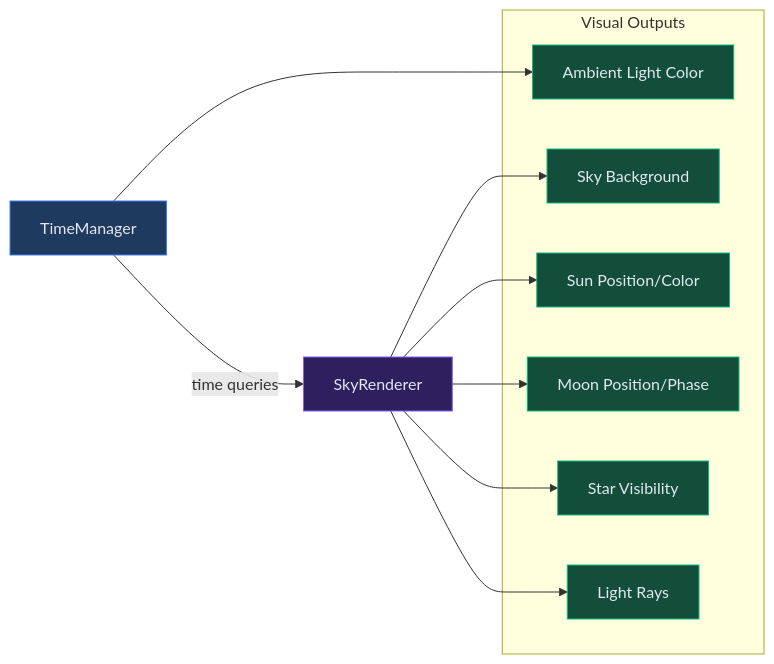
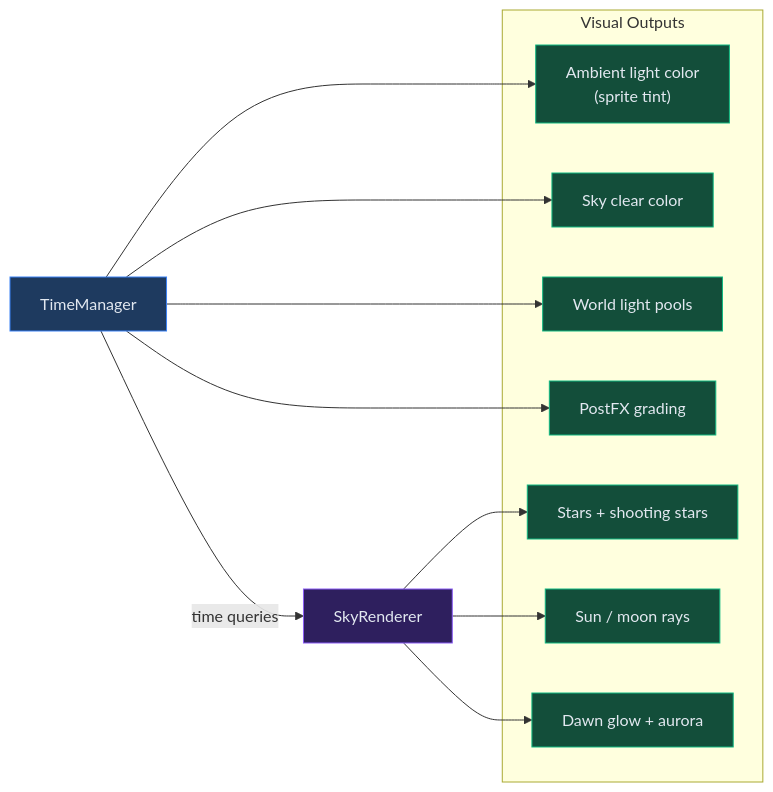
The first of 6 diagrams in docs/TIME_SYSTEM.md (baaz777/rift), drawn with Mermaid before and after one commit. The commit also changed other lines of this file, not shown here.

```diff
--- a/docs/TIME_SYSTEM.md
+++ b/docs/TIME_SYSTEM.md
@@ -8,26 +8,28 @@
 <pre class="mermaid">
 graph LR
     classDef manager fill:#1e3a5f,stroke:#3b82f6,color:#e2e8f0
     classDef renderer fill:#2e1f5e,stroke:#8b5cf6,color:#e2e8f0
     classDef output fill:#134e3a,stroke:#10b981,color:#e2e8f0
 
     TM["TimeManager"]:::manager
     SR["SkyRenderer"]:::renderer
 
     subgraph Outputs["Visual Outputs"]
-        Ambient["Ambient Light Color"]:::output
-        Sky["Sky Background"]:::output
-        Sun["Sun Position/Color"]:::output
-        Moon["Moon Position/Phase"]:::output
-        Stars["Star Visibility"]:::output
-        Rays["Light Rays"]:::output
+        Ambient["Ambient light color<br/>(sprite tint)"]:::output
+        Sky["Sky clear color"]:::output
+        Lights["World light pools"]:::output
+        Post["PostFX grading"]:::output
+        Stars["Stars + shooting stars"]:::output
+        Rays["Sun / moon rays"]:::output
+        Atmos["Dawn glow + aurora"]:::output
     end
 
     TM --> |time queries| SR
     TM --> Ambient
-    SR --> Sky
-    SR --> Sun
-    SR --> Moon
+    TM --> Sky
+    TM --> Lights
+    TM --> Post
     SR --> Stars
     SR --> Rays
+    SR --> Atmos
 </pre>
```
